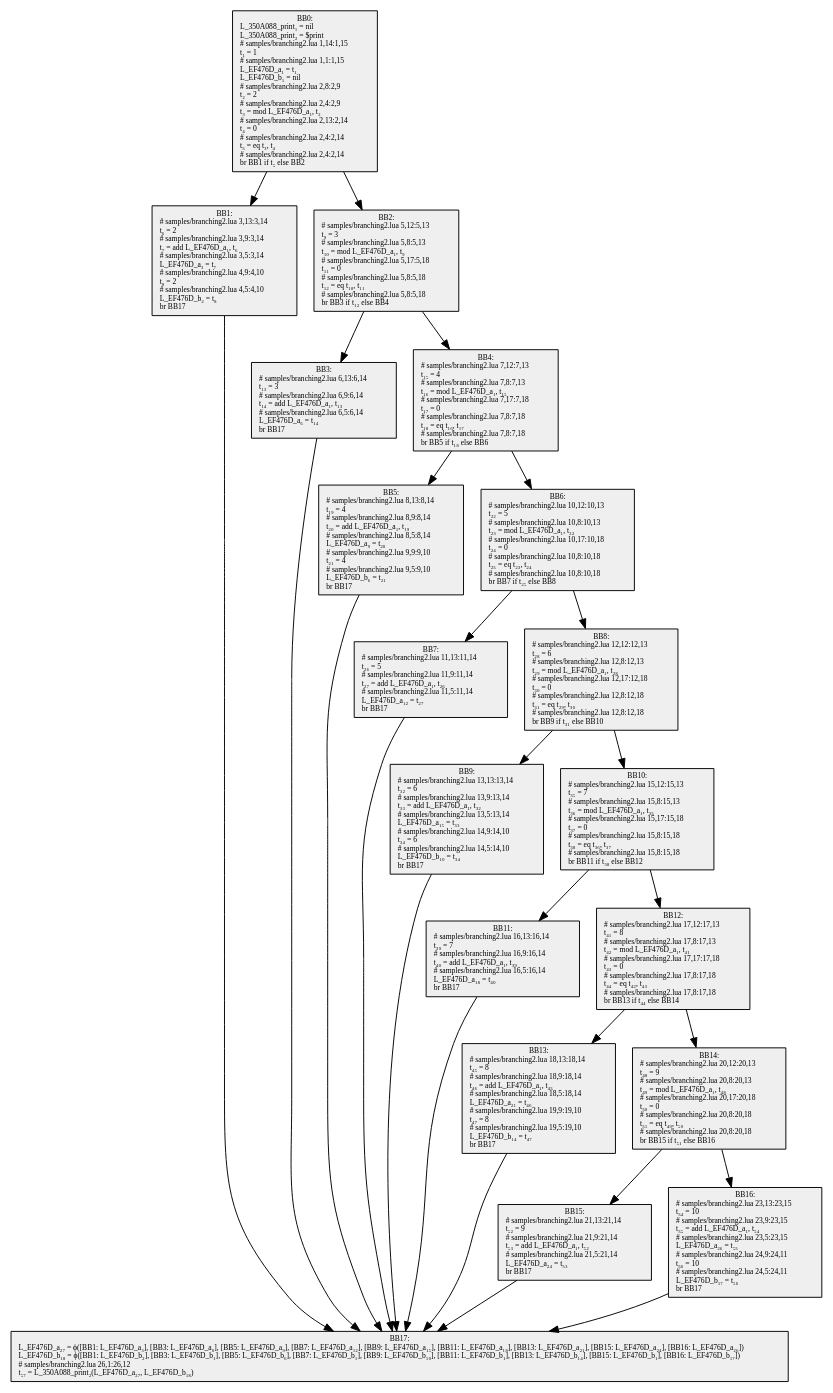
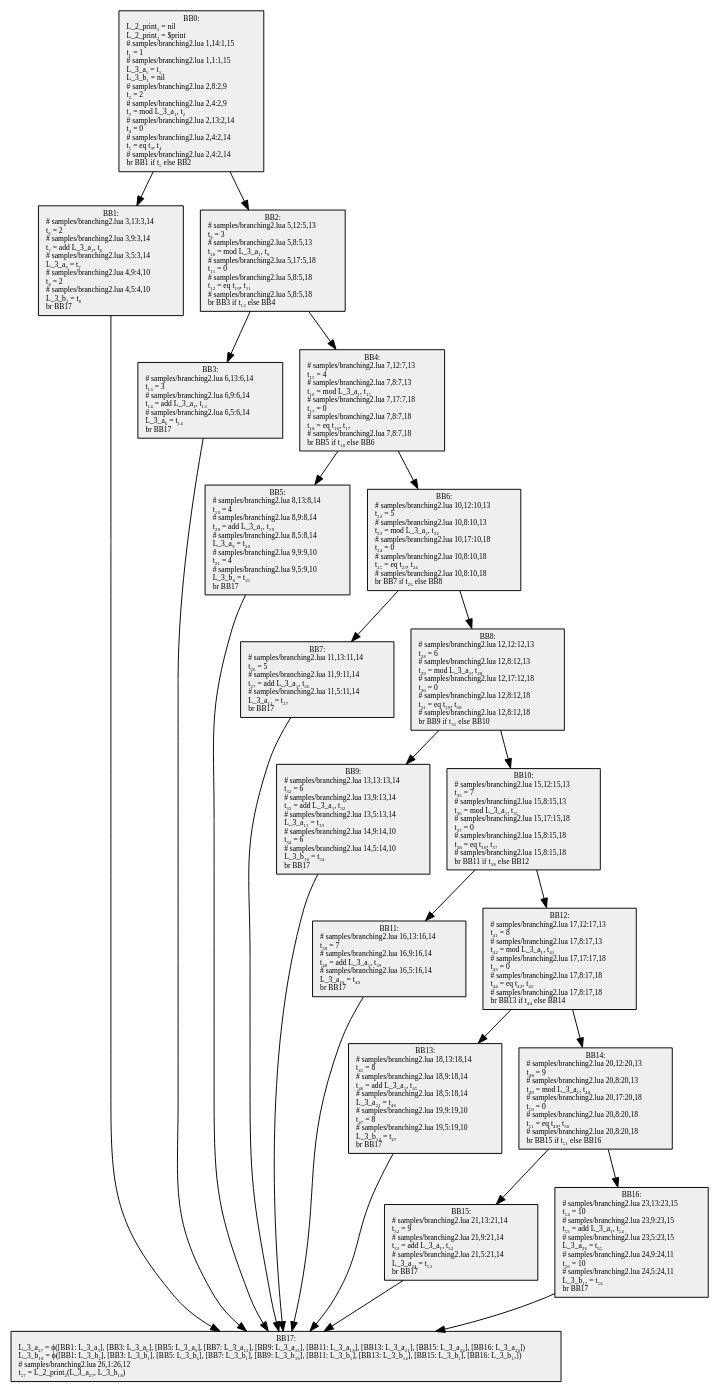
Before and after one commit to GGG-KILLER/SimpleCompiler: the diagram in src/SimpleCompiler.Cli/samples/obj/branching2.1.dot, drawn with Graphviz. The commit also changed 27 other files, not shown here.

```diff
--- a/src/SimpleCompiler.Cli/samples/obj/branching2.1.dot
+++ b/src/SimpleCompiler.Cli/samples/obj/branching2.1.dot
@@ -1,47 +1,47 @@
 digraph {
   node[shape=box style=filled fontsize=8 fontname="Cascadia Code" fillcolor="#efefef"];
-  BB0 [label="BB0:\nL_350A088_print₁ = nil\lL_350A088_print₂ = $print\l# samples/branching2.lua 1,14:1,15\lt₁ = 1\l# samples/branching2.lua 1,1:1,15\lL_EF476D_a₁ = t₁\lL_EF476D_b₁ = nil\l# samples/branching2.lua 2,8:2,9\lt₂ = 2\l# samples/branching2.lua 2,4:2,9\lt₃ = mod L_EF476D_a₁, t₂\l# samples/branching2.lua 2,13:2,14\lt₄ = 0\l# samples/branching2.lua 2,4:2,14\lt₅ = eq t₃, t₄\l# samples/branching2.lua 2,4:2,14\lbr BB1 if t₅ else BB2\l"];
-  BB1 [label="BB1:\n# samples/branching2.lua 3,13:3,14\lt₆ = 2\l# samples/branching2.lua 3,9:3,14\lt₇ = add L_EF476D_a₁, t₆\l# samples/branching2.lua 3,5:3,14\lL_EF476D_a₃ = t₇\l# samples/branching2.lua 4,9:4,10\lt₈ = 2\l# samples/branching2.lua 4,5:4,10\lL_EF476D_b₂ = t₈\lbr BB17\l"];
-  BB2 [label="BB2:\n# samples/branching2.lua 5,12:5,13\lt₉ = 3\l# samples/branching2.lua 5,8:5,13\lt₁₀ = mod L_EF476D_a₁, t₉\l# samples/branching2.lua 5,17:5,18\lt₁₁ = 0\l# samples/branching2.lua 5,8:5,18\lt₁₂ = eq t₁₀, t₁₁\l# samples/branching2.lua 5,8:5,18\lbr BB3 if t₁₂ else BB4\l"];
-  BB3 [label="BB3:\n# samples/branching2.lua 6,13:6,14\lt₁₃ = 3\l# samples/branching2.lua 6,9:6,14\lt₁₄ = add L_EF476D_a₁, t₁₃\l# samples/branching2.lua 6,5:6,14\lL_EF476D_a₆ = t₁₄\lbr BB17\l"];
-  BB4 [label="BB4:\n# samples/branching2.lua 7,12:7,13\lt₁₅ = 4\l# samples/branching2.lua 7,8:7,13\lt₁₆ = mod L_EF476D_a₁, t₁₅\l# samples/branching2.lua 7,17:7,18\lt₁₇ = 0\l# samples/branching2.lua 7,8:7,18\lt₁₈ = eq t₁₆, t₁₇\l# samples/branching2.lua 7,8:7,18\lbr BB5 if t₁₈ else BB6\l"];
-  BB5 [label="BB5:\n# samples/branching2.lua 8,13:8,14\lt₁₉ = 4\l# samples/branching2.lua 8,9:8,14\lt₂₀ = add L_EF476D_a₁, t₁₉\l# samples/branching2.lua 8,5:8,14\lL_EF476D_a₉ = t₂₀\l# samples/branching2.lua 9,9:9,10\lt₂₁ = 4\l# samples/branching2.lua 9,5:9,10\lL_EF476D_b₆ = t₂₁\lbr BB17\l"];
-  BB6 [label="BB6:\n# samples/branching2.lua 10,12:10,13\lt₂₂ = 5\l# samples/branching2.lua 10,8:10,13\lt₂₃ = mod L_EF476D_a₁, t₂₂\l# samples/branching2.lua 10,17:10,18\lt₂₄ = 0\l# samples/branching2.lua 10,8:10,18\lt₂₅ = eq t₂₃, t₂₄\l# samples/branching2.lua 10,8:10,18\lbr BB7 if t₂₅ else BB8\l"];
-  BB7 [label="BB7:\n# samples/branching2.lua 11,13:11,14\lt₂₆ = 5\l# samples/branching2.lua 11,9:11,14\lt₂₇ = add L_EF476D_a₁, t₂₆\l# samples/branching2.lua 11,5:11,14\lL_EF476D_a₁₂ = t₂₇\lbr BB17\l"];
-  BB8 [label="BB8:\n# samples/branching2.lua 12,12:12,13\lt₂₈ = 6\l# samples/branching2.lua 12,8:12,13\lt₂₉ = mod L_EF476D_a₁, t₂₈\l# samples/branching2.lua 12,17:12,18\lt₃₀ = 0\l# samples/branching2.lua 12,8:12,18\lt₃₁ = eq t₂₉, t₃₀\l# samples/branching2.lua 12,8:12,18\lbr BB9 if t₃₁ else BB10\l"];
-  BB9 [label="BB9:\n# samples/branching2.lua 13,13:13,14\lt₃₂ = 6\l# samples/branching2.lua 13,9:13,14\lt₃₃ = add L_EF476D_a₁, t₃₂\l# samples/branching2.lua 13,5:13,14\lL_EF476D_a₁₅ = t₃₃\l# samples/branching2.lua 14,9:14,10\lt₃₄ = 6\l# samples/branching2.lua 14,5:14,10\lL_EF476D_b₁₀ = t₃₄\lbr BB17\l"];
-  BB10 [label="BB10:\n# samples/branching2.lua 15,12:15,13\lt₃₅ = 7\l# samples/branching2.lua 15,8:15,13\lt₃₆ = mod L_EF476D_a₁, t₃₅\l# samples/branching2.lua 15,17:15,18\lt₃₇ = 0\l# samples/branching2.lua 15,8:15,18\lt₃₈ = eq t₃₆, t₃₇\l# samples/branching2.lua 15,8:15,18\lbr BB11 if t₃₈ else BB12\l"];
-  BB11 [label="BB11:\n# samples/branching2.lua 16,13:16,14\lt₃₉ = 7\l# samples/branching2.lua 16,9:16,14\lt₄₀ = add L_EF476D_a₁, t₃₉\l# samples/branching2.lua 16,5:16,14\lL_EF476D_a₁₈ = t₄₀\lbr BB17\l"];
-  BB12 [label="BB12:\n# samples/branching2.lua 17,12:17,13\lt₄₁ = 8\l# samples/branching2.lua 17,8:17,13\lt₄₂ = mod L_EF476D_a₁, t₄₁\l# samples/branching2.lua 17,17:17,18\lt₄₃ = 0\l# samples/branching2.lua 17,8:17,18\lt₄₄ = eq t₄₂, t₄₃\l# samples/branching2.lua 17,8:17,18\lbr BB13 if t₄₄ else BB14\l"];
-  BB13 [label="BB13:\n# samples/branching2.lua 18,13:18,14\lt₄₅ = 8\l# samples/branching2.lua 18,9:18,14\lt₄₆ = add L_EF476D_a₁, t₄₅\l# samples/branching2.lua 18,5:18,14\lL_EF476D_a₂₁ = t₄₆\l# samples/branching2.lua 19,9:19,10\lt₄₇ = 8\l# samples/branching2.lua 19,5:19,10\lL_EF476D_b₁₄ = t₄₇\lbr BB17\l"];
-  BB14 [label="BB14:\n# samples/branching2.lua 20,12:20,13\lt₄₈ = 9\l# samples/branching2.lua 20,8:20,13\lt₄₉ = mod L_EF476D_a₁, t₄₈\l# samples/branching2.lua 20,17:20,18\lt₅₀ = 0\l# samples/branching2.lua 20,8:20,18\lt₅₁ = eq t₄₉, t₅₀\l# samples/branching2.lua 20,8:20,18\lbr BB15 if t₅₁ else BB16\l"];
-  BB15 [label="BB15:\n# samples/branching2.lua 21,13:21,14\lt₅₂ = 9\l# samples/branching2.lua 21,9:21,14\lt₅₃ = add L_EF476D_a₁, t₅₂\l# samples/branching2.lua 21,5:21,14\lL_EF476D_a₂₄ = t₅₃\lbr BB17\l"];
-  BB16 [label="BB16:\n# samples/branching2.lua 23,13:23,15\lt₅₄ = 10\l# samples/branching2.lua 23,9:23,15\lt₅₅ = add L_EF476D_a₁, t₅₄\l# samples/branching2.lua 23,5:23,15\lL_EF476D_a₂₆ = t₅₅\l# samples/branching2.lua 24,9:24,11\lt₅₆ = 10\l# samples/branching2.lua 24,5:24,11\lL_EF476D_b₁₇ = t₅₆\lbr BB17\l"];
-  BB17 [label="BB17:\nL_EF476D_a₂₇ = ϕ([BB1: L_EF476D_a₃], [BB3: L_EF476D_a₆], [BB5: L_EF476D_a₉], [BB7: L_EF476D_a₁₂], [BB9: L_EF476D_a₁₅], [BB11: L_EF476D_a₁₈], [BB13: L_EF476D_a₂₁], [BB15: L_EF476D_a₂₄], [BB16: L_EF476D_a₂₆])\lL_EF476D_b₁₈ = ϕ([BB1: L_EF476D_b₂], [BB3: L_EF476D_b₁], [BB5: L_EF476D_b₆], [BB7: L_EF476D_b₁], [BB9: L_EF476D_b₁₀], [BB11: L_EF476D_b₁], [BB13: L_EF476D_b₁₄], [BB15: L_EF476D_b₁], [BB16: L_EF476D_b₁₇])\l# samples/branching2.lua 26,1:26,12\lt₅₇ = L_350A088_print₂(L_EF476D_a₂₇, L_EF476D_b₁₈)\l"];
+  BB0 [label="BB0:\nL_2_print₁ = nil\lL_2_print₂ = $print\l# samples/branching2.lua 1,14:1,15\lt₁ = 1\l# samples/branching2.lua 1,1:1,15\lL_3_a₁ = t₁\lL_3_b₁ = nil\l# samples/branching2.lua 2,8:2,9\lt₂ = 2\l# samples/branching2.lua 2,4:2,9\lt₃ = mod L_3_a₁, t₂\l# samples/branching2.lua 2,13:2,14\lt₄ = 0\l# samples/branching2.lua 2,4:2,14\lt₅ = eq t₃, t₄\l# samples/branching2.lua 2,4:2,14\lbr BB1 if t₅ else BB2\l"];
+  BB1 [label="BB1:\n# samples/branching2.lua 3,13:3,14\lt₆ = 2\l# samples/branching2.lua 3,9:3,14\lt₇ = add L_3_a₁, t₆\l# samples/branching2.lua 3,5:3,14\lL_3_a₃ = t₇\l# samples/branching2.lua 4,9:4,10\lt₈ = 2\l# samples/branching2.lua 4,5:4,10\lL_3_b₂ = t₈\lbr BB17\l"];
+  BB2 [label="BB2:\n# samples/branching2.lua 5,12:5,13\lt₉ = 3\l# samples/branching2.lua 5,8:5,13\lt₁₀ = mod L_3_a₁, t₉\l# samples/branching2.lua 5,17:5,18\lt₁₁ = 0\l# samples/branching2.lua 5,8:5,18\lt₁₂ = eq t₁₀, t₁₁\l# samples/branching2.lua 5,8:5,18\lbr BB3 if t₁₂ else BB4\l"];
+  BB3 [label="BB3:\n# samples/branching2.lua 6,13:6,14\lt₁₃ = 3\l# samples/branching2.lua 6,9:6,14\lt₁₄ = add L_3_a₁, t₁₃\l# samples/branching2.lua 6,5:6,14\lL_3_a₆ = t₁₄\lbr BB17\l"];
+  BB4 [label="BB4:\n# samples/branching2.lua 7,12:7,13\lt₁₅ = 4\l# samples/branching2.lua 7,8:7,13\lt₁₆ = mod L_3_a₁, t₁₅\l# samples/branching2.lua 7,17:7,18\lt₁₇ = 0\l# samples/branching2.lua 7,8:7,18\lt₁₈ = eq t₁₆, t₁₇\l# samples/branching2.lua 7,8:7,18\lbr BB5 if t₁₈ else BB6\l"];
+  BB5 [label="BB5:\n# samples/branching2.lua 8,13:8,14\lt₁₉ = 4\l# samples/branching2.lua 8,9:8,14\lt₂₀ = add L_3_a₁, t₁₉\l# samples/branching2.lua 8,5:8,14\lL_3_a₉ = t₂₀\l# samples/branching2.lua 9,9:9,10\lt₂₁ = 4\l# samples/branching2.lua 9,5:9,10\lL_3_b₆ = t₂₁\lbr BB17\l"];
+  BB6 [label="BB6:\n# samples/branching2.lua 10,12:10,13\lt₂₂ = 5\l# samples/branching2.lua 10,8:10,13\lt₂₃ = mod L_3_a₁, t₂₂\l# samples/branching2.lua 10,17:10,18\lt₂₄ = 0\l# samples/branching2.lua 10,8:10,18\lt₂₅ = eq t₂₃, t₂₄\l# samples/branching2.lua 10,8:10,18\lbr BB7 if t₂₅ else BB8\l"];
+  BB7 [label="BB7:\n# samples/branching2.lua 11,13:11,14\lt₂₆ = 5\l# samples/branching2.lua 11,9:11,14\lt₂₇ = add L_3_a₁, t₂₆\l# samples/branching2.lua 11,5:11,14\lL_3_a₁₂ = t₂₇\lbr BB17\l"];
+  BB8 [label="BB8:\n# samples/branching2.lua 12,12:12,13\lt₂₈ = 6\l# samples/branching2.lua 12,8:12,13\lt₂₉ = mod L_3_a₁, t₂₈\l# samples/branching2.lua 12,17:12,18\lt₃₀ = 0\l# samples/branching2.lua 12,8:12,18\lt₃₁ = eq t₂₉, t₃₀\l# samples/branching2.lua 12,8:12,18\lbr BB9 if t₃₁ else BB10\l"];
+  BB9 [label="BB9:\n# samples/branching2.lua 13,13:13,14\lt₃₂ = 6\l# samples/branching2.lua 13,9:13,14\lt₃₃ = add L_3_a₁, t₃₂\l# samples/branching2.lua 13,5:13,14\lL_3_a₁₅ = t₃₃\l# samples/branching2.lua 14,9:14,10\lt₃₄ = 6\l# samples/branching2.lua 14,5:14,10\lL_3_b₁₀ = t₃₄\lbr BB17\l"];
+  BB10 [label="BB10:\n# samples/branching2.lua 15,12:15,13\lt₃₅ = 7\l# samples/branching2.lua 15,8:15,13\lt₃₆ = mod L_3_a₁, t₃₅\l# samples/branching2.lua 15,17:15,18\lt₃₇ = 0\l# samples/branching2.lua 15,8:15,18\lt₃₈ = eq t₃₆, t₃₇\l# samples/branching2.lua 15,8:15,18\lbr BB11 if t₃₈ else BB12\l"];
+  BB11 [label="BB11:\n# samples/branching2.lua 16,13:16,14\lt₃₉ = 7\l# samples/branching2.lua 16,9:16,14\lt₄₀ = add L_3_a₁, t₃₉\l# samples/branching2.lua 16,5:16,14\lL_3_a₁₈ = t₄₀\lbr BB17\l"];
+  BB12 [label="BB12:\n# samples/branching2.lua 17,12:17,13\lt₄₁ = 8\l# samples/branching2.lua 17,8:17,13\lt₄₂ = mod L_3_a₁, t₄₁\l# samples/branching2.lua 17,17:17,18\lt₄₃ = 0\l# samples/branching2.lua 17,8:17,18\lt₄₄ = eq t₄₂, t₄₃\l# samples/branching2.lua 17,8:17,18\lbr BB13 if t₄₄ else BB14\l"];
+  BB13 [label="BB13:\n# samples/branching2.lua 18,13:18,14\lt₄₅ = 8\l# samples/branching2.lua 18,9:18,14\lt₄₆ = add L_3_a₁, t₄₅\l# samples/branching2.lua 18,5:18,14\lL_3_a₂₁ = t₄₆\l# samples/branching2.lua 19,9:19,10\lt₄₇ = 8\l# samples/branching2.lua 19,5:19,10\lL_3_b₁₄ = t₄₇\lbr BB17\l"];
+  BB14 [label="BB14:\n# samples/branching2.lua 20,12:20,13\lt₄₈ = 9\l# samples/branching2.lua 20,8:20,13\lt₄₉ = mod L_3_a₁, t₄₈\l# samples/branching2.lua 20,17:20,18\lt₅₀ = 0\l# samples/branching2.lua 20,8:20,18\lt₅₁ = eq t₄₉, t₅₀\l# samples/branching2.lua 20,8:20,18\lbr BB15 if t₅₁ else BB16\l"];
+  BB15 [label="BB15:\n# samples/branching2.lua 21,13:21,14\lt₅₂ = 9\l# samples/branching2.lua 21,9:21,14\lt₅₃ = add L_3_a₁, t₅₂\l# samples/branching2.lua 21,5:21,14\lL_3_a₂₄ = t₅₃\lbr BB17\l"];
+  BB16 [label="BB16:\n# samples/branching2.lua 23,13:23,15\lt₅₄ = 10\l# samples/branching2.lua 23,9:23,15\lt₅₅ = add L_3_a₁, t₅₄\l# samples/branching2.lua 23,5:23,15\lL_3_a₂₆ = t₅₅\l# samples/branching2.lua 24,9:24,11\lt₅₆ = 10\l# samples/branching2.lua 24,5:24,11\lL_3_b₁₇ = t₅₆\lbr BB17\l"];
+  BB17 [label="BB17:\nL_3_a₂₇ = ϕ([BB1: L_3_a₃], [BB3: L_3_a₆], [BB5: L_3_a₉], [BB7: L_3_a₁₂], [BB9: L_3_a₁₅], [BB11: L_3_a₁₈], [BB13: L_3_a₂₁], [BB15: L_3_a₂₄], [BB16: L_3_a₂₆])\lL_3_b₁₈ = ϕ([BB1: L_3_b₂], [BB3: L_3_b₁], [BB5: L_3_b₆], [BB7: L_3_b₁], [BB9: L_3_b₁₀], [BB11: L_3_b₁], [BB13: L_3_b₁₄], [BB15: L_3_b₁], [BB16: L_3_b₁₇])\l# samples/branching2.lua 26,1:26,12\lt₅₇ = L_2_print₂(L_3_a₂₇, L_3_b₁₈)\l"];
 
   BB0 -> BB1;
   BB0 -> BB2;
   BB2 -> BB3;
   BB2 -> BB4;
   BB4 -> BB5;
   BB4 -> BB6;
   BB6 -> BB7;
   BB6 -> BB8;
   BB8 -> BB9;
   BB8 -> BB10;
   BB10 -> BB11;
   BB10 -> BB12;
   BB12 -> BB13;
   BB12 -> BB14;
   BB14 -> BB15;
   BB14 -> BB16;
   BB1 -> BB17;
   BB3 -> BB17;
   BB5 -> BB17;
   BB7 -> BB17;
   BB9 -> BB17;
   BB11 -> BB17;
   BB13 -> BB17;
   BB15 -> BB17;
   BB16 -> BB17;
 }
```
